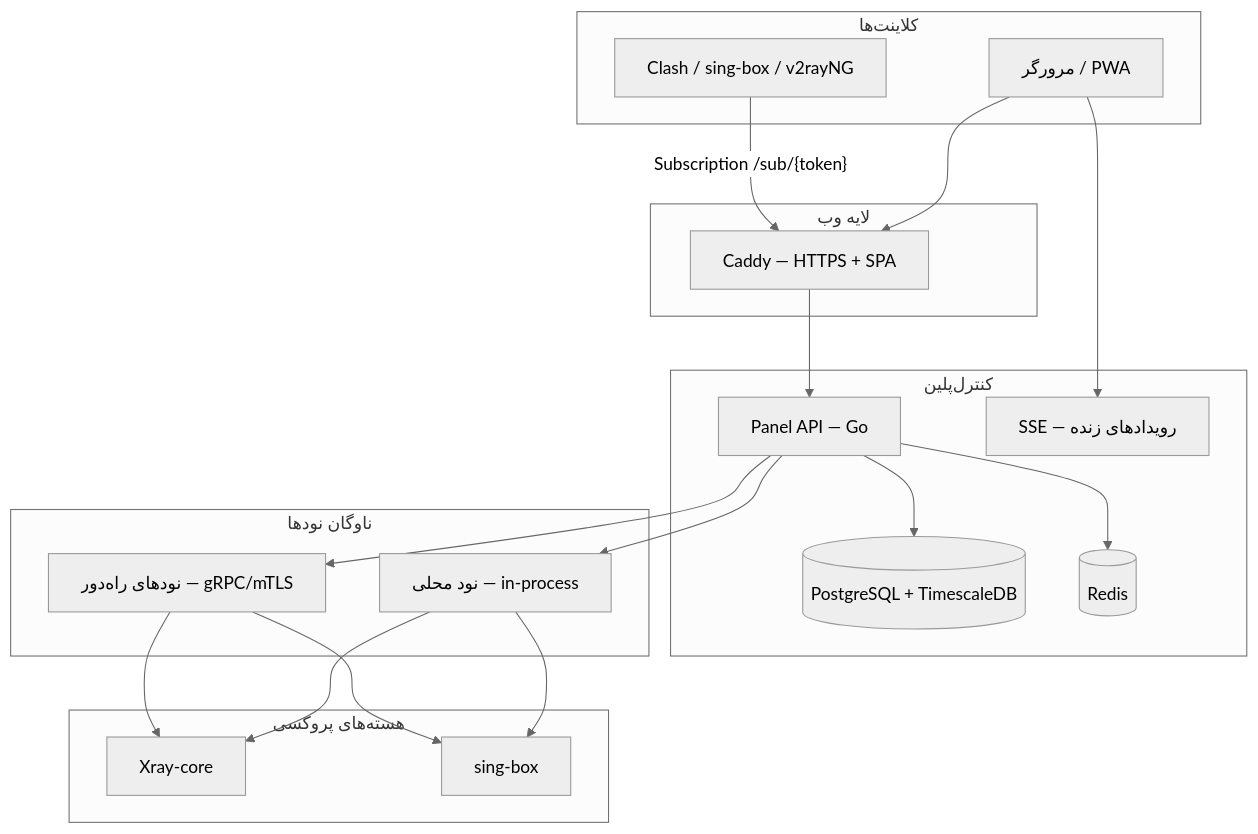
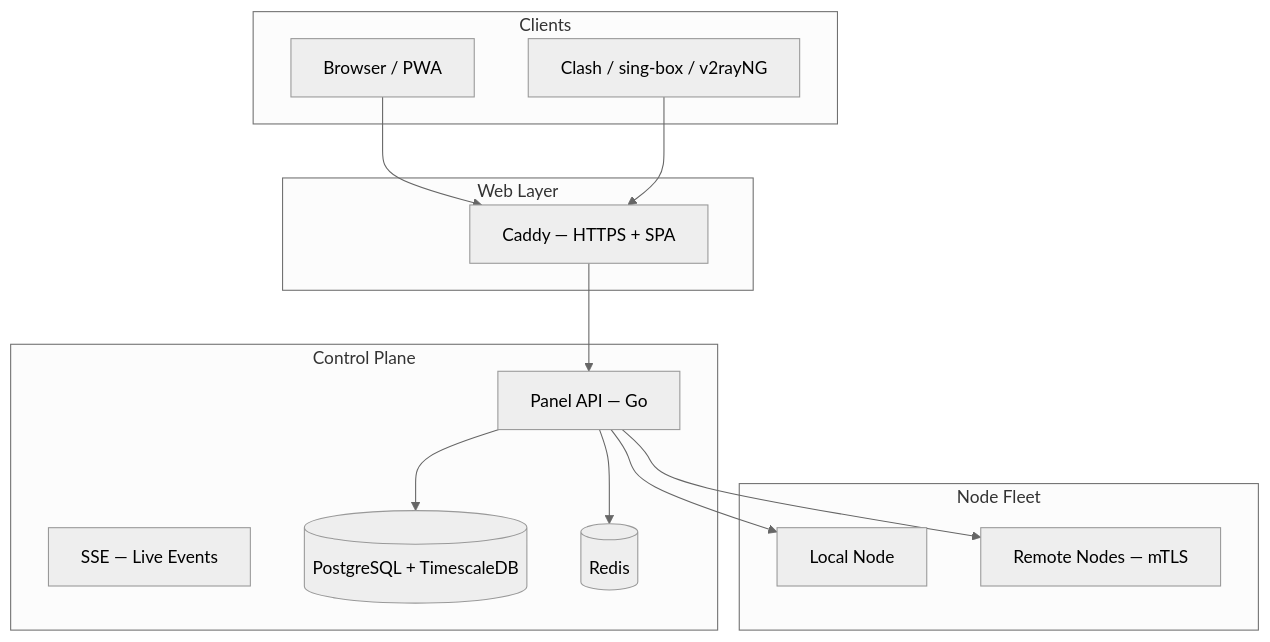
One commit to iPmartNetwork/VortexUI changed the diagram in docs/wiki/fa/README.md. Above: the diagram before and after it, drawn with Mermaid (neutral theme). The commit also changed other lines of this file and 66 other files, not shown here.

````diff
--- a/docs/wiki/fa/README.md
+++ b/docs/wiki/fa/README.md
@@ -26,41 +14,27 @@
 ```mermaid
 flowchart TB
-    subgraph Client["کلاینت‌ها"]
-        Browser["مرورگر / PWA"]
+    subgraph Client["Clients"]
+        Browser["Browser / PWA"]
         ProxyApp["Clash / sing-box / v2rayNG"]
     end
-
-    subgraph Web["لایه وب"]
+    subgraph Web["Web Layer"]
         Caddy["Caddy — HTTPS + SPA"]
     end
-
-    subgraph Panel["کنترل‌پلین"]
+    subgraph Panel["Control Plane"]
         API["Panel API — Go"]
-        SSE["SSE — رویدادهای زنده"]
+        SSE["SSE — Live Events"]
         DB[(PostgreSQL + TimescaleDB)]
         Redis[(Redis)]
     end
-
-    subgraph Nodes["ناوگان نودها"]
-        Local["نود محلی — in-process"]
-        Remote["نودهای راه‌دور — gRPC/mTLS"]
+    subgraph Nodes["Node Fleet"]
+        Local["Local Node"]
+        Remote["Remote Nodes — mTLS"]
     end
-
-    subgraph Core["هسته‌های پروکسی"]
-        Xray["Xray-core"]
-        SingBox["sing-box"]
-    end
-
     Browser --> Caddy
-    ProxyApp -->|"Subscription /sub/{token}"| Caddy
+    ProxyApp --> Caddy
     Caddy --> API
-    Browser --> SSE
     API --> DB
     API --> Redis
     API --> Local
     API --> Remote
-    Local --> Xray
-    Local --> SingBox
-    Remote --> Xray
-    Remote --> SingBox
 ```
````
